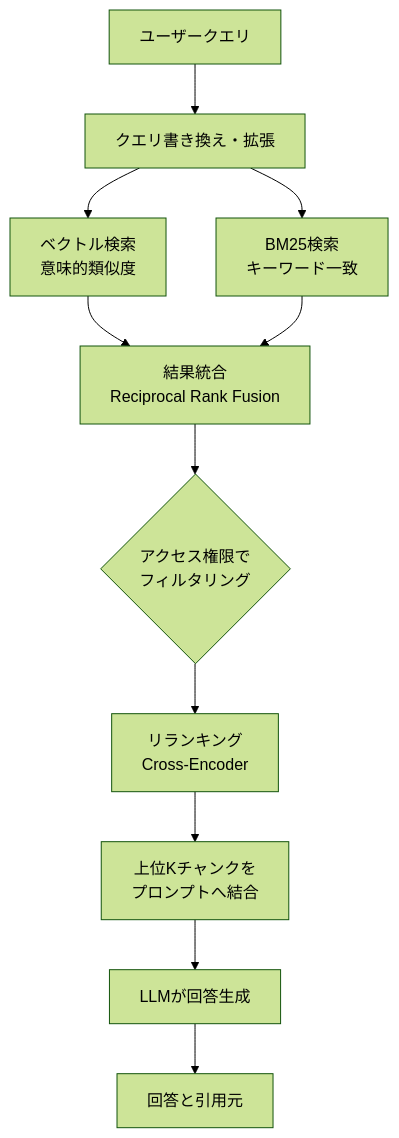
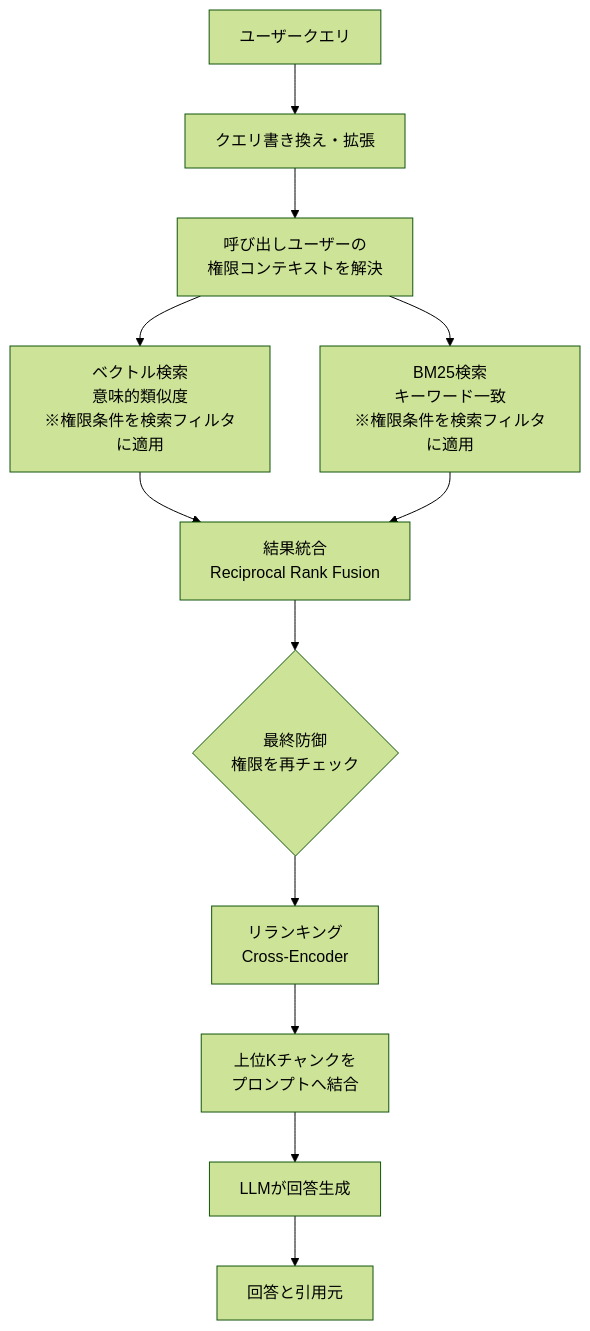
The fourth of 6 diagrams in Enterprise-rag-guide.md (myoshi2891/Comparison-of-LLMs), drawn with Mermaid (forest theme) before and after one commit. The commit also changed other lines of this file and 1 other file, not shown here.

````diff
--- a/Enterprise-rag-guide.md
+++ b/Enterprise-rag-guide.md
@@ -223,13 +223,14 @@
 ```mermaid
 flowchart TD
     Q[ユーザークエリ] --> QR[クエリ書き換え・拡張]
-    QR --> VS[ベクトル検索<br/>意味的類似度]
-    QR --> BM[BM25検索<br/>キーワード一致]
+    QR --> AC[呼び出しユーザーの<br/>権限コンテキストを解決]
+    AC --> VS[ベクトル検索<br/>意味的類似度<br/>※権限条件を検索フィルタに適用]
+    AC --> BM[BM25検索<br/>キーワード一致<br/>※権限条件を検索フィルタに適用]
     VS --> RRF[結果統合<br/>Reciprocal Rank Fusion]
     BM --> RRF
-    RRF --> ACL{アクセス権限で<br/>フィルタリング}
+    RRF --> ACL{最終防御<br/>権限を再チェック}
     ACL --> RR[リランキング<br/>Cross-Encoder]
     RR --> CTX[上位Kチャンクを<br/>プロンプトへ結合]
     CTX --> LLM[LLMが回答生成]
     LLM --> ANS[回答と引用元]
 ```
````
